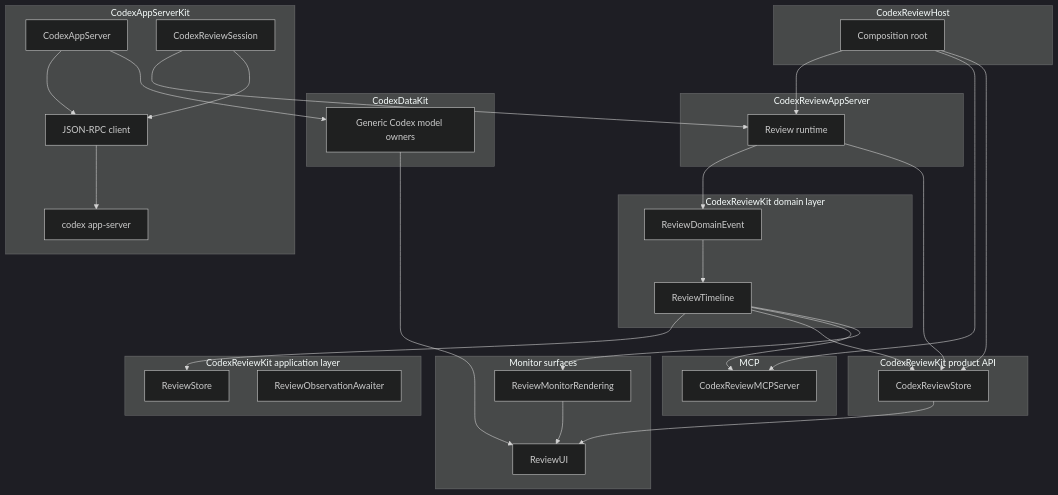
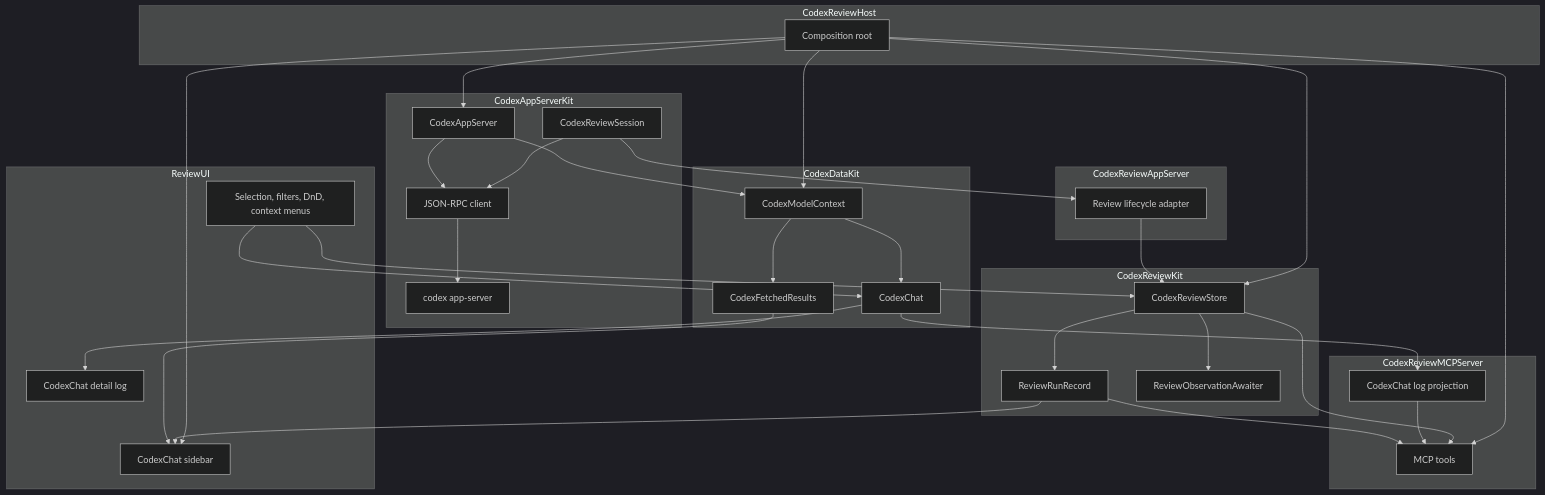
The diagram in Docs/architecture.md (lynnswap/CodexReviewKit), drawn with Mermaid (dark theme) before and after one commit. The commit also changed other lines of this file and 14 other files, not shown here.

Commit message:
refactor(review): keep backend events lifecycle-only

````diff
--- a/Docs/architecture.md
+++ b/Docs/architecture.md
@@ -92,63 +89,65 @@
 ```mermaid
 flowchart TB
-    subgraph Domain["CodexReviewKit domain layer"]
-        DomainEvents["ReviewDomainEvent"]
-        Timeline["ReviewTimeline"]
-    end
-
-    subgraph Application["CodexReviewKit application layer"]
-        AppStore["ReviewStore"]
-        Awaiter["ReviewObservationAwaiter"]
-    end
-
-    subgraph Product["CodexReviewKit product API"]
-        PublicStore["CodexReviewStore"]
-    end
-
-    subgraph Kit["CodexAppServerKit"]
-        DomainAPI["CodexAppServer"]
+    subgraph AppServerKit["CodexAppServerKit"]
+        Server["CodexAppServer"]
         ReviewSession["CodexReviewSession"]
         Client["JSON-RPC client"]
         Process["codex app-server"]
     end
 
-    subgraph GenericData["CodexDataKit"]
-        GenericOwners["Generic Codex model owners"]
+    subgraph DataKit["CodexDataKit"]
+        Context["CodexModelContext"]
+        Fetch["CodexFetchedResults<CodexChat>"]
+        Chat["CodexChat"]
     end
 
-    subgraph AppServer["CodexReviewAppServer"]
-        Runtime["Review runtime"]
+    subgraph ReviewCore["CodexReviewKit"]
+        Store["CodexReviewStore"]
+        Run["ReviewRunRecord"]
+        Awaiter["ReviewObservationAwaiter"]
     end
 
-    subgraph MCP["MCP"]
-        MCPServer["CodexReviewMCPServer"]
+    subgraph AppServerAdapter["CodexReviewAppServer"]
+        Adapter["Review lifecycle adapter"]
     end
 
-    subgraph Monitor["Monitor surfaces"]
-        Renderer["ReviewMonitorRendering"]
-        UI["ReviewUI"]
+    subgraph MCP["CodexReviewMCPServer"]
+        MCPServer["MCP tools"]
+        MCPProjection["CodexChat log projection"]
+    end
+
+    subgraph UI["ReviewUI"]
+        Sidebar["CodexChat sidebar"]
+        Detail["CodexChat detail log"]
+        Presentation["Selection, filters, DnD, context menus"]
     end
 
     subgraph Host["CodexReviewHost"]
         Composition["Composition root"]
     end
 
-    ReviewSession --> Runtime
-    Runtime --> DomainEvents
-    DomainEvents --> Timeline
-    Timeline --> AppStore
-    Timeline --> PublicStore
-    Timeline --> MCPServer
-    Timeline --> Renderer
-    PublicStore --> UI
-    Renderer --> UI
-    GenericOwners --> UI
-    DomainAPI --> Client
-    DomainAPI --> GenericOwners
+    Server --> Client
     ReviewSession --> Client
     Client --> Process
-    Runtime --> PublicStore
-    Composition --> Runtime
+    Server --> Context
+    Context --> Fetch
+    Context --> Chat
+    ReviewSession --> Adapter
+    Adapter --> Store
+    Store --> Run
+    Store --> Awaiter
+    Fetch --> Sidebar
+    Chat --> Detail
+    Run --> Sidebar
+    Run --> MCPServer
+    Chat --> MCPProjection
+    MCPProjection --> MCPServer
+    Store --> MCPServer
+    Presentation --> Store
+    Presentation --> Chat
+    Composition --> Server
+    Composition --> Context
+    Composition --> Store
     Composition --> MCPServer
-    Composition --> PublicStore
+    Composition --> Sidebar
 ```
````
